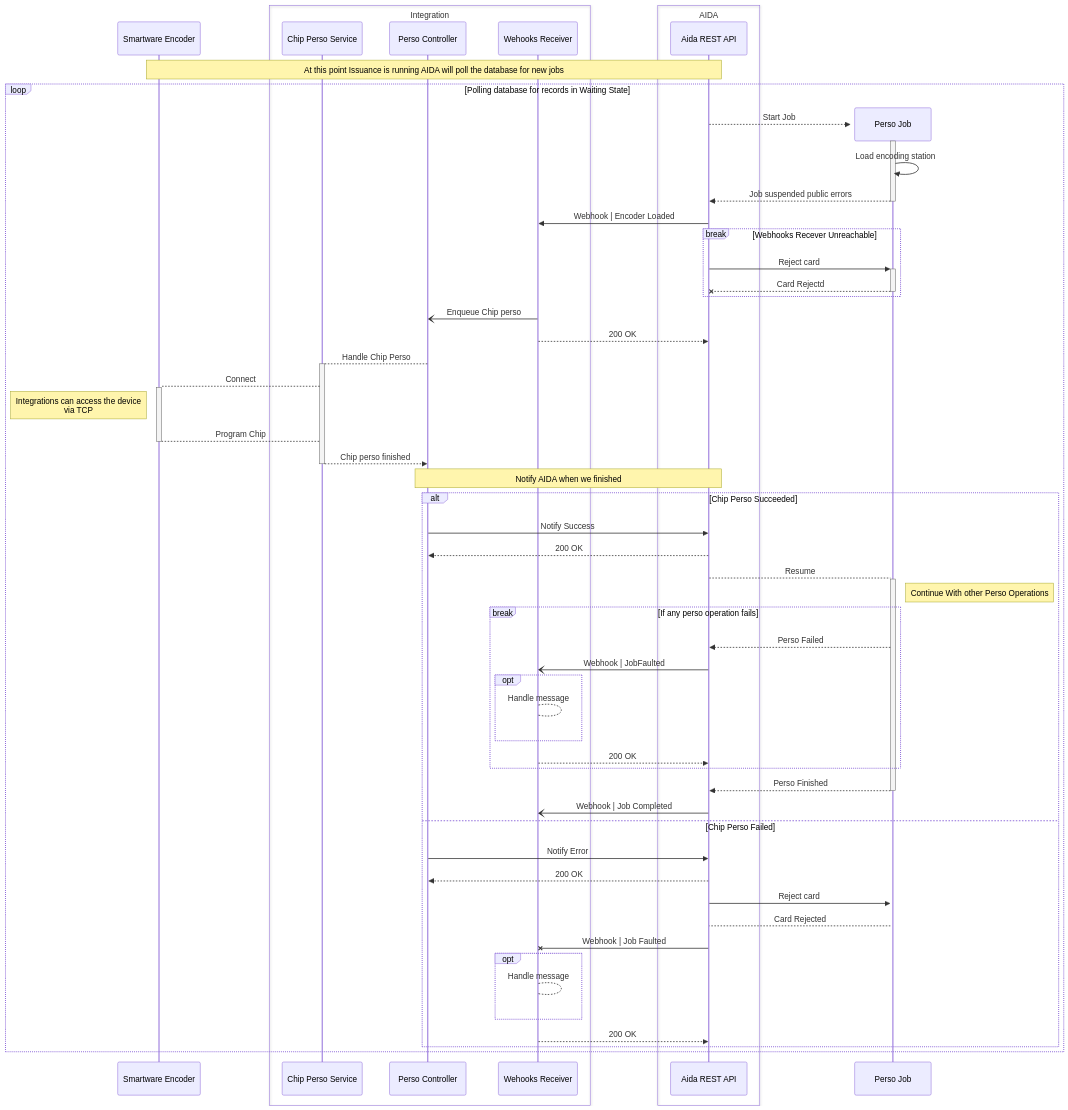
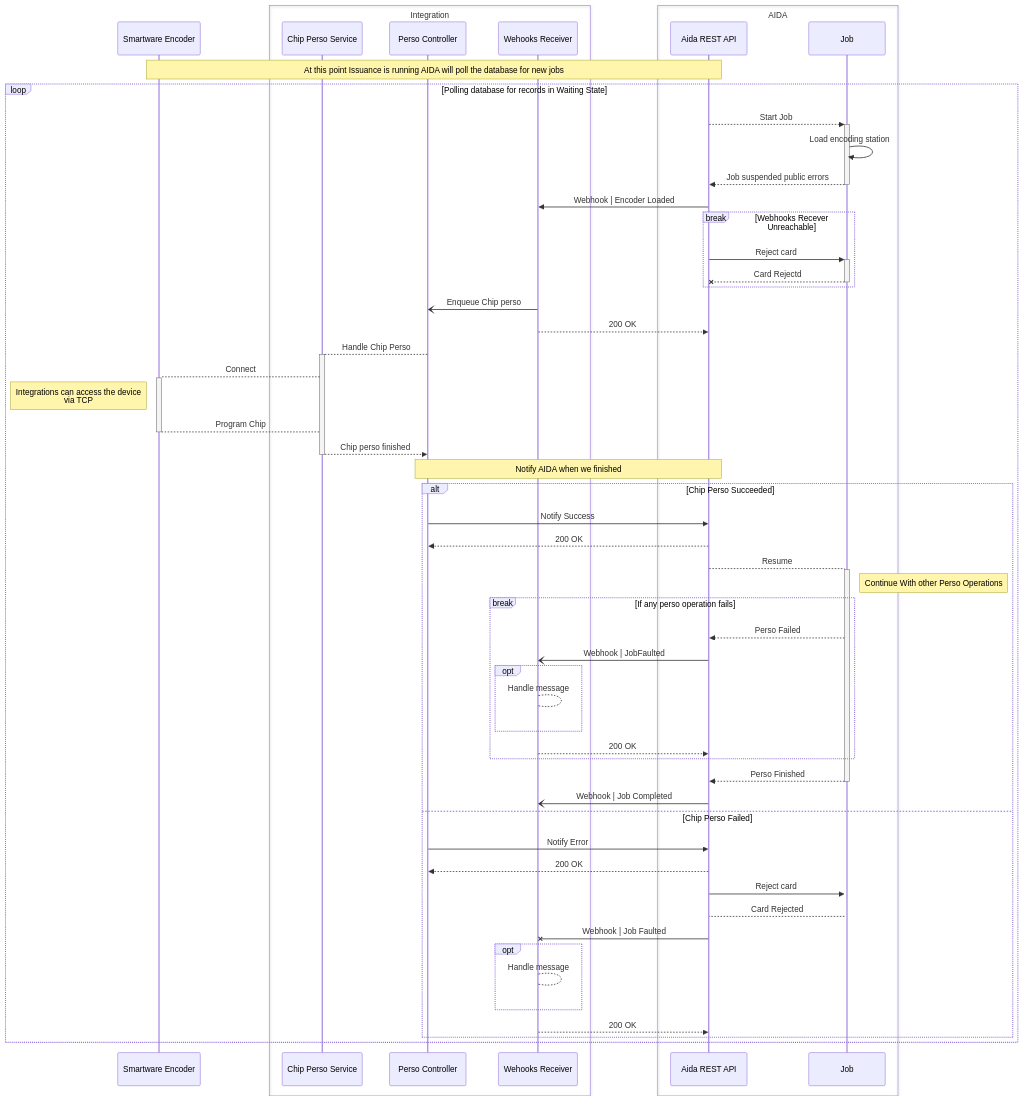
Before and after one commit to ixla-dev/ixla-docs: the second of 2 diagrams in webhooks-integration.md, drawn with Mermaid.

Commit message:
removed create participant

````diff
--- a/webhooks-integration.md
+++ b/webhooks-integration.md
@@ -646,73 +646,73 @@
 ```mermaid
 sequenceDiagram 
     participant ec as Smartware Encoder
 
     box Integration 
         participant c as Chip Perso Service
         participant p as Perso Controller
         participant w as Wehooks Receiver
     end
 
     box AIDA  
         participant a as Aida REST API
+        participant j as Job
     end
     note over ec,a: At this point Issuance is running AIDA will poll the database for new jobs
 
     loop Polling database for records in Waiting State
-        create participant j as Perso Job
         a -->>+ j  : Start Job
 
         j ->>   j: Load encoding station
         j -->>- a: Job suspended public errors
 
         a ->>w  : Webhook | Encoder Loaded
 
         break Webhooks Recever Unreachable
             a ->>+j : Reject card
             j --x-a : Card Rejectd        
         end
 
         w -) p : Enqueue Chip perso 
         w -->> a : 200 OK 
         p -->+ c : Handle Chip Perso
         
         c -->+ ec : Connect
         note left of ec: Integrations can access the device<br/>via TCP
         ec -->- c : Program Chip
         c -->>- p : Chip perso finished
        
        note over p,a: Notify AIDA when we finished
 
        alt Chip Perso Succeeded
         p ->> a : Notify Success
         a -->>p : 200 OK
         a -->+j : Resume
         
         note right of j: Continue With other Perso Operations
 
         break If any perso operation fails
             j -->> a: Perso Failed
             
             a -) w:  Webhook | JobFaulted  
             opt
             w --> w : Handle message
             end
             w -->> a: 200 OK
         end
         
         j -->>- a: Perso Finished
         a -) w : Webhook | Job Completed
        else Chip Perso Failed
             p ->> a : Notify Error
             a -->>p : 200 OK
             a ->>+ j: Reject card 
 
             j --> a: Card Rejected
             a -x w: Webhook | Job Faulted
             opt
             w --> w : Handle message
             end
             w -->> a: 200 OK
        end
     end
 ```
````
